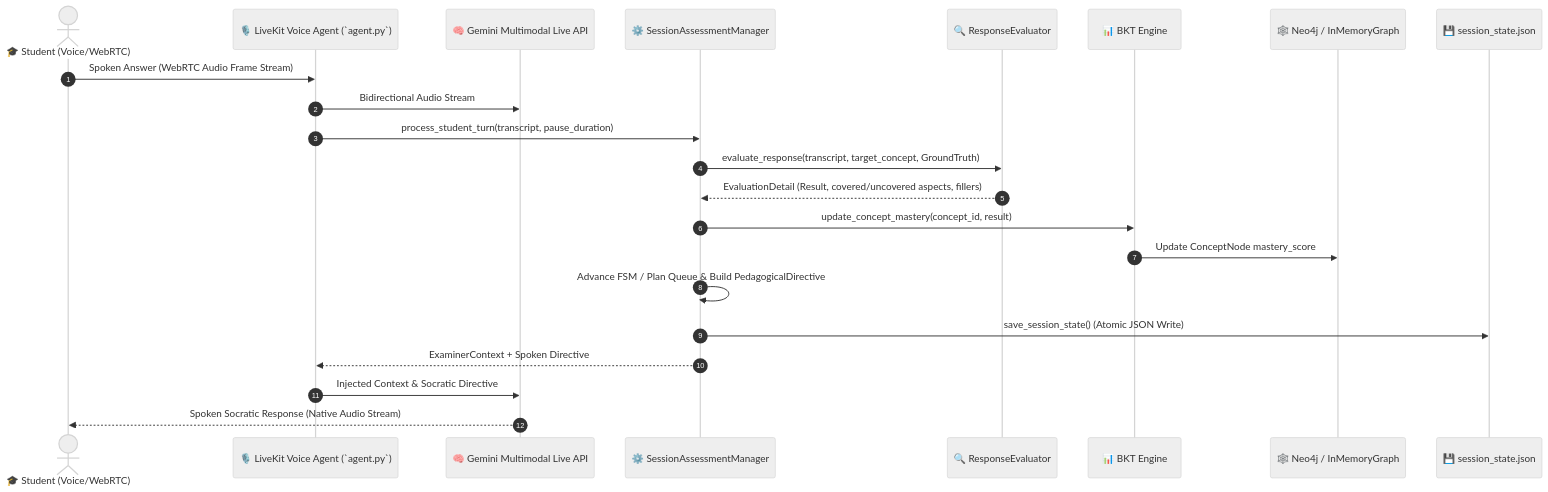
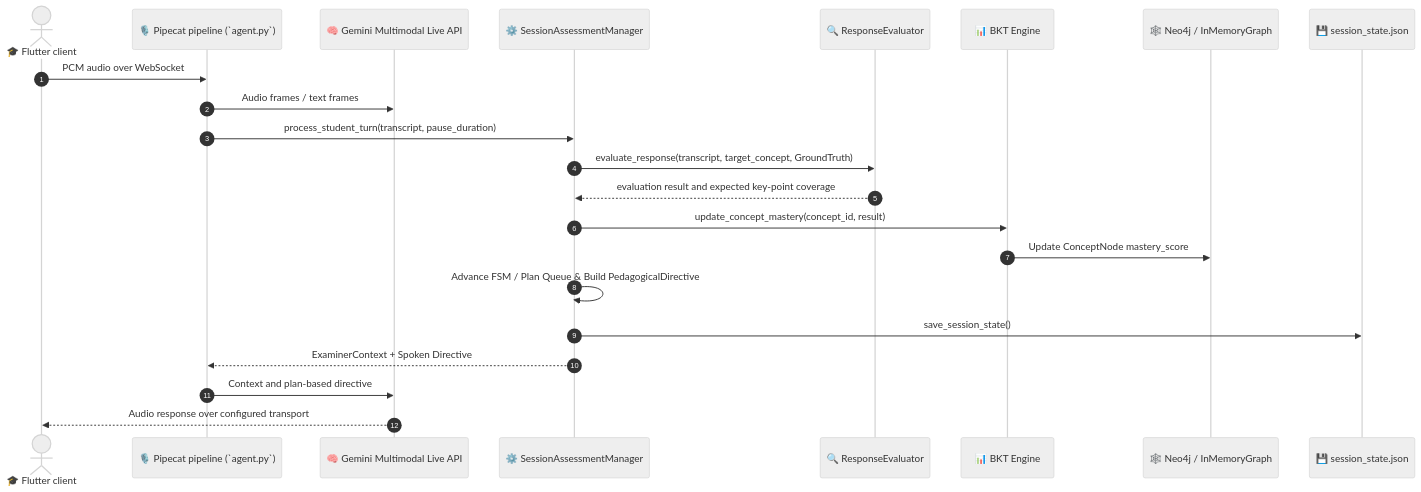
Before and after one commit to Pr1vat30/RetainMind: the first of 4 diagrams in docs/RetainMind_RAD.md, drawn with Mermaid (neutral theme). The commit also changed other lines of this file and 39 other files, not shown here.

````diff
--- a/docs/RetainMind_RAD.md
+++ b/docs/RetainMind_RAD.md
@@ -234,25 +199,25 @@
 ```mermaid
 sequenceDiagram
     autonumber
-    actor Student as 🎓 Student (Voice/WebRTC)
-    participant Agent as 🎙️ LiveKit Voice Agent (`agent.py`)
+    actor Student as 🎓 Flutter client
+    participant Agent as 🎙️ Pipecat pipeline (`agent.py`)
     participant Gemini as 🧠 Gemini Multimodal Live API
     participant Manager as ⚙️ SessionAssessmentManager
     participant Eval as 🔍 ResponseEvaluator
     participant BKT as 📊 BKT Engine
     participant Graph as 🕸️ Neo4j / InMemoryGraph
     participant Disk as 💾 session_state.json
 
-    Student->>Agent: Spoken Answer (WebRTC Audio Frame Stream)
-    Agent->>Gemini: Bidirectional Audio Stream
+    Student->>Agent: PCM audio over WebSocket
+    Agent->>Gemini: Audio frames / text frames
     Agent->>Manager: process_student_turn(transcript, pause_duration)
     Manager->>Eval: evaluate_response(transcript, target_concept, GroundTruth)
-    Eval-->>Manager: EvaluationDetail (Result, covered/uncovered aspects, fillers)
+    Eval-->>Manager: evaluation result and expected key-point coverage
     Manager->>BKT: update_concept_mastery(concept_id, result)
     BKT->>Graph: Update ConceptNode mastery_score
     Manager->>Manager: Advance FSM / Plan Queue & Build PedagogicalDirective
-    Manager->>Disk: save_session_state() (Atomic JSON Write)
+    Manager->>Disk: save_session_state()
     Manager-->>Agent: ExaminerContext + Spoken Directive
-    Agent->>Gemini: Injected Context & Socratic Directive
-    Gemini-->>Student: Spoken Socratic Response (Native Audio Stream)
+    Agent->>Gemini: Context and plan-based directive
+    Gemini-->>Student: Audio response over configured transport
 ```
````
